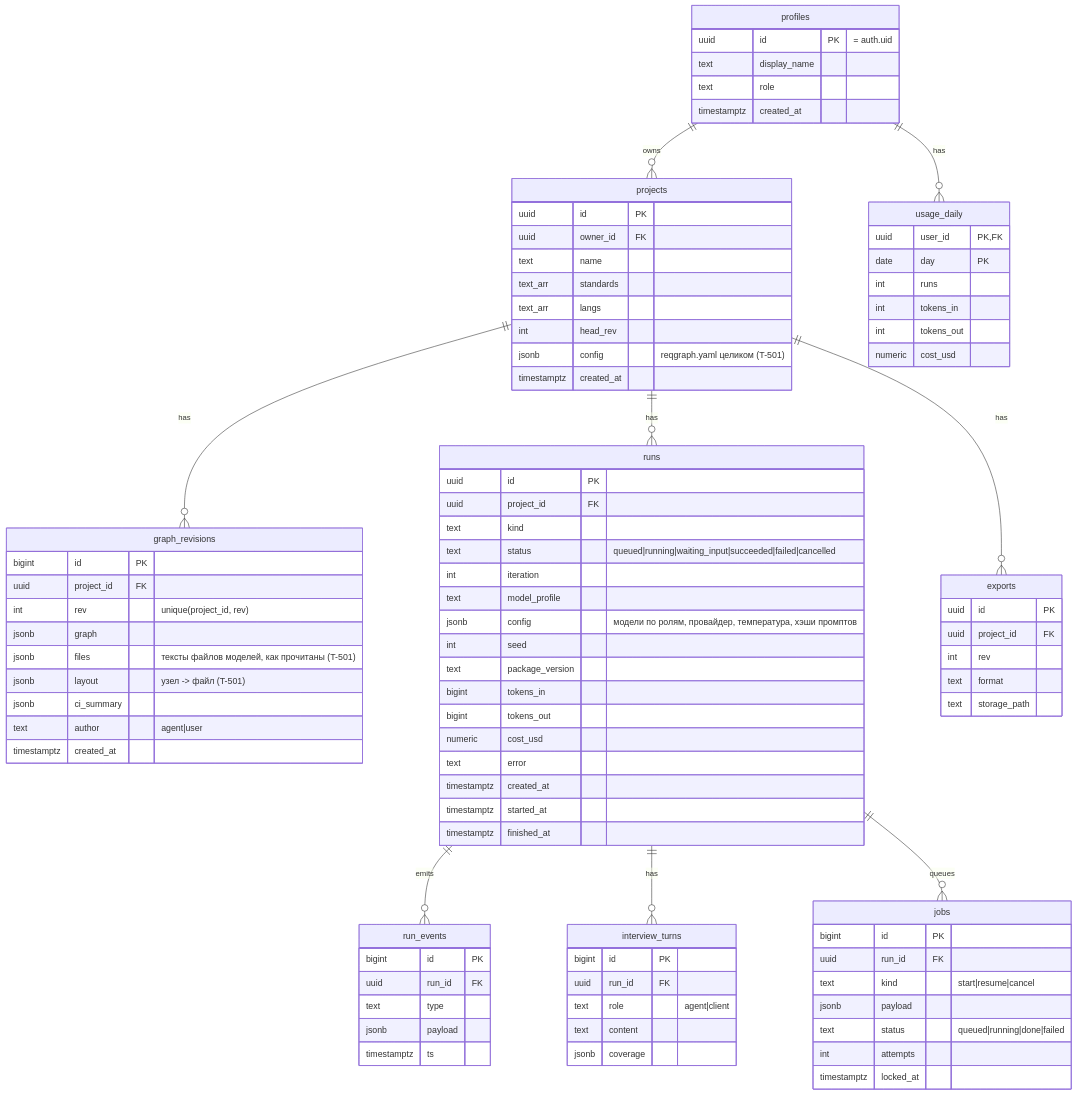
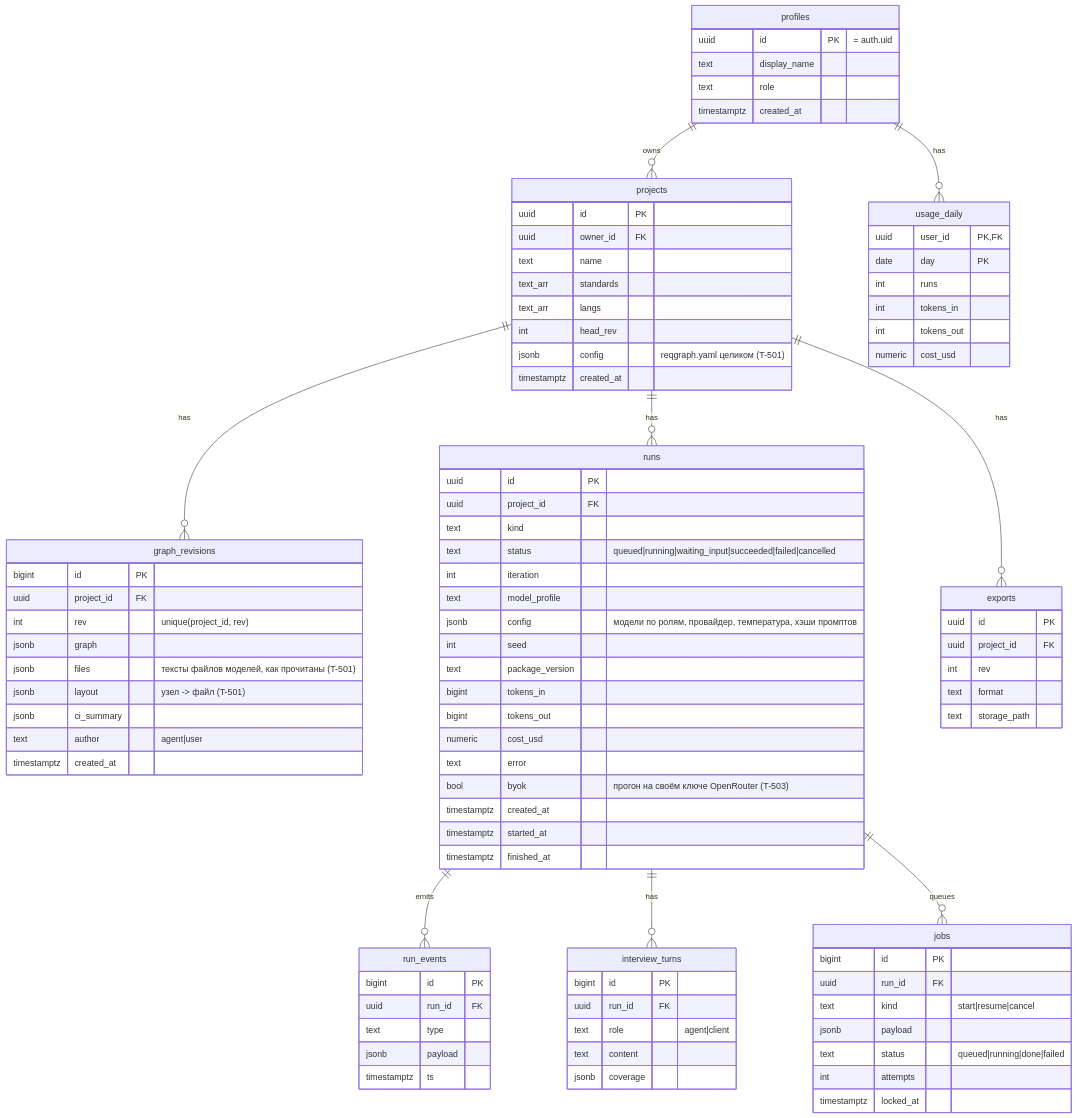
One commit to Axx-Axvd/reqgraph changed the second of 2 diagrams in docs/tech-design/04_data.md. Above: the diagram before and after it, drawn with Mermaid. The commit also changed other lines of this file and 6 other files, not shown here.

```diff
--- a/docs/tech-design/04_data.md
+++ b/docs/tech-design/04_data.md
@@ -227,6 +227,7 @@
     bigint tokens_out
     numeric cost_usd
     text error
+    bool byok "прогон на своём ключе OpenRouter (T-503)"
     timestamptz created_at
     timestamptz started_at
     timestamptz finished_at
```
